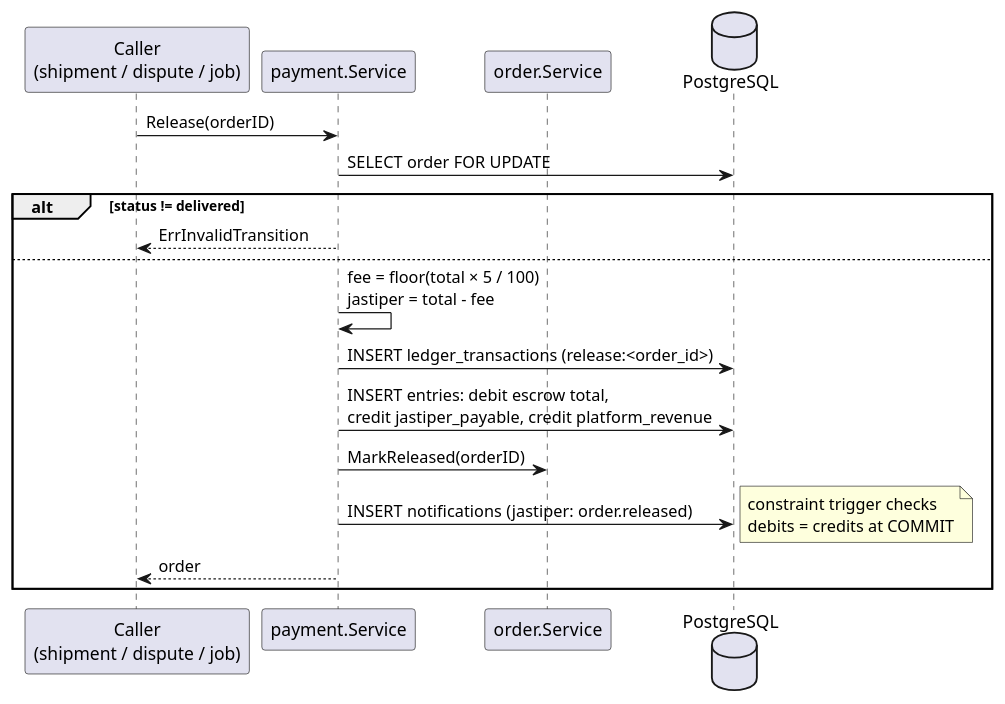
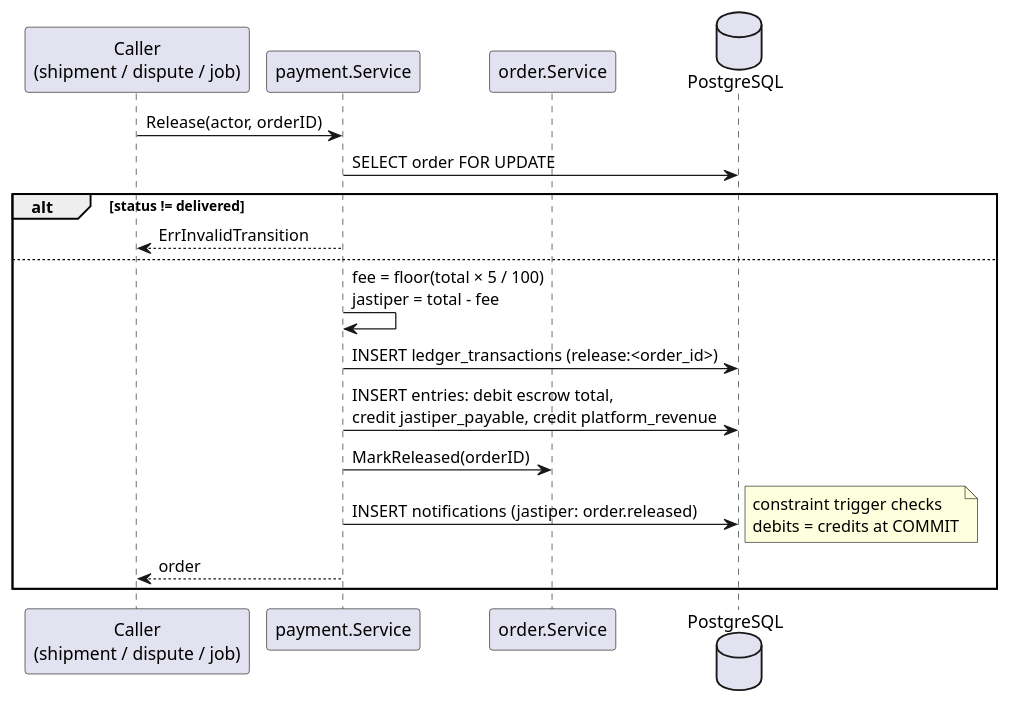
Before and after one commit to Titip-Dong/titipdong-be: the third of 5 diagrams in docs/features/payment.md, drawn with PlantUML. The commit also changed other lines of this file and 8 other files, not shown here.

````diff
--- a/docs/features/payment.md
+++ b/docs/features/payment.md
@@ -294,22 +294,22 @@
 ```plantuml
 @startuml
 participant "Caller\n(shipment / dispute / job)" as C
 participant "payment.Service" as S
 participant "order.Service" as O
 database PostgreSQL as DB
 
-C -> S : Release(orderID)
+C -> S : Release(actor, orderID)
 S -> DB : SELECT order FOR UPDATE
 alt status != delivered
   S --> C : ErrInvalidTransition
 else
   S -> S : fee = floor(total × 5 / 100)\njastiper = total - fee
   S -> DB : INSERT ledger_transactions (release:<order_id>)
   S -> DB : INSERT entries: debit escrow total,\ncredit jastiper_payable, credit platform_revenue
   S -> O : MarkReleased(orderID)
   S -> DB : INSERT notifications (jastiper: order.released)
   note right : constraint trigger checks\ndebits = credits at COMMIT
   S --> C : order
 end
 @enduml
 ```
````
